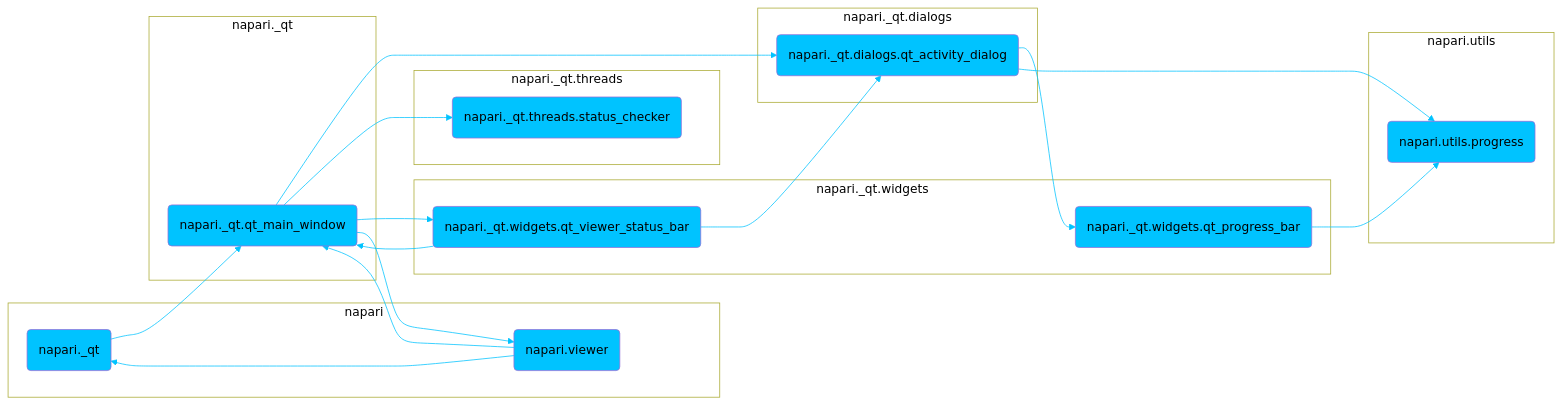
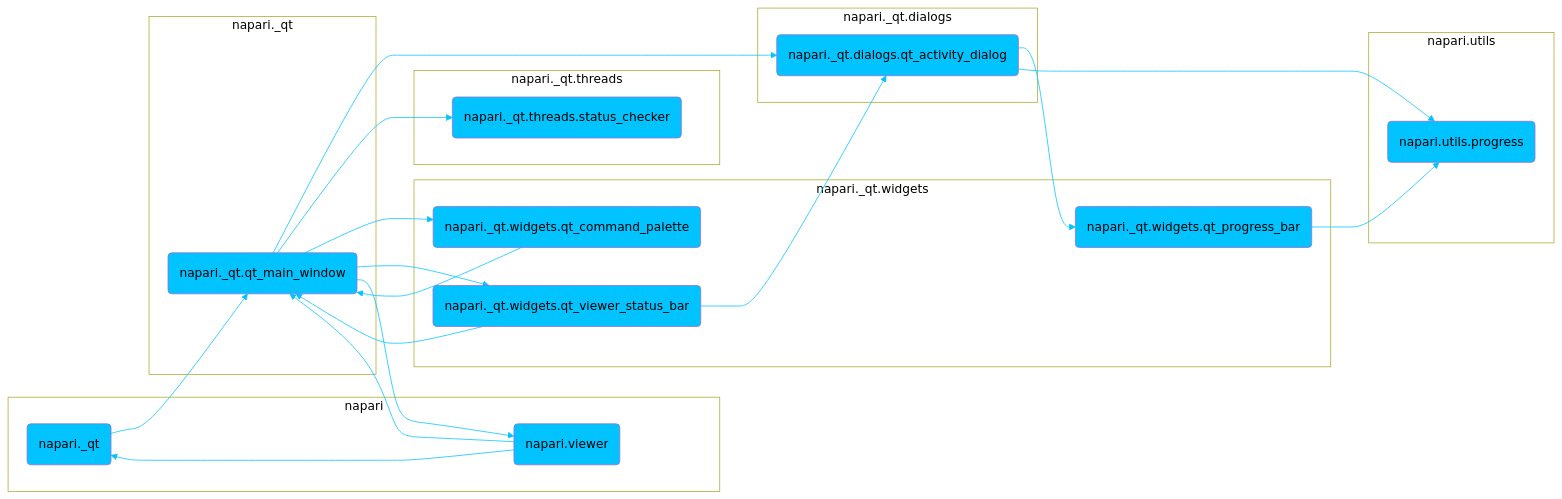
One commit to melissawm/napari.github.io changed the diagram in dev/_sources/developers/architecture/ui_sections/application_status_bar_ui.md. Above: the diagram before and after it, drawn with Mermaid. The commit also changed other lines of this file and 647 other files, not shown here.

````diff
--- a/dev/_sources/developers/architecture/ui_sections/application_status_bar_ui.md
+++ b/dev/_sources/developers/architecture/ui_sections/application_status_bar_ui.md
@@ -3,62 +3,67 @@
 ```{mermaid}
 graph LR
 	accTitle: Dependencies between modules in the napari Application status bar UI section
 	accDescr: Diagram showing the dependencies between the modules involved in the definition of the napari Application status bar UI section
 	napari._qt(napari._qt)
 	napari._qt --> napari._qt.qt_main_window
 	click napari._qt "https://github.com/napari/napari/tree/main/napari/_qt/__init__.py" _blank
 	napari._qt.dialogs.qt_activity_dialog(napari._qt.dialogs.qt_activity_dialog)
 	napari._qt.dialogs.qt_activity_dialog --> napari._qt.widgets.qt_progress_bar
 	napari._qt.dialogs.qt_activity_dialog --> napari.utils.progress
 	click napari._qt.dialogs.qt_activity_dialog "https://github.com/napari/napari/tree/main/napari/_qt/dialogs/qt_activity_dialog.py" _blank
 	napari._qt.qt_main_window(napari._qt.qt_main_window)
 	napari._qt.qt_main_window --> napari._qt.dialogs.qt_activity_dialog
 	napari._qt.qt_main_window --> napari._qt.threads.status_checker
+	napari._qt.qt_main_window --> napari._qt.widgets.qt_command_palette
 	napari._qt.qt_main_window --> napari._qt.widgets.qt_viewer_status_bar
 	napari._qt.qt_main_window --> napari.viewer
 	click napari._qt.qt_main_window "https://github.com/napari/napari/tree/main/napari/_qt/qt_main_window.py" _blank
 	napari._qt.threads.status_checker(napari._qt.threads.status_checker)
 	click napari._qt.threads.status_checker "https://github.com/napari/napari/tree/main/napari/_qt/threads/status_checker.py" _blank
+	napari._qt.widgets.qt_command_palette(napari._qt.widgets.qt_command_palette)
+	napari._qt.widgets.qt_command_palette --> napari._qt.qt_main_window
+	click napari._qt.widgets.qt_command_palette "https://github.com/napari/napari/tree/main/napari/_qt/widgets/qt_command_palette.py" _blank
 	napari._qt.widgets.qt_progress_bar(napari._qt.widgets.qt_progress_bar)
 	napari._qt.widgets.qt_progress_bar --> napari.utils.progress
 	click napari._qt.widgets.qt_progress_bar "https://github.com/napari/napari/tree/main/napari/_qt/widgets/qt_progress_bar.py" _blank
 	napari._qt.widgets.qt_viewer_status_bar(napari._qt.widgets.qt_viewer_status_bar)
 	napari._qt.widgets.qt_viewer_status_bar --> napari._qt.dialogs.qt_activity_dialog
 	napari._qt.widgets.qt_viewer_status_bar --> napari._qt.qt_main_window
 	click napari._qt.widgets.qt_viewer_status_bar "https://github.com/napari/napari/tree/main/napari/_qt/widgets/qt_viewer_status_bar.py" _blank
 	napari.utils.progress(napari.utils.progress)
 	click napari.utils.progress "https://github.com/napari/napari/tree/main/napari/utils/progress.py" _blank
 	napari.viewer(napari.viewer)
 	napari.viewer --> napari._qt
 	napari.viewer --> napari._qt.qt_main_window
 	click napari.viewer "https://github.com/napari/napari/tree/main/napari/viewer.py" _blank
 	subgraph module.napari[napari]
 		 napari._qt
 		 napari.viewer
 	end
 	class module.napari subgraphs
 	subgraph module.napari._qt.dialogs[napari._qt.dialogs]
 		 napari._qt.dialogs.qt_activity_dialog
 	end
 	class module.napari._qt.dialogs subgraphs
 	subgraph module.napari._qt[napari._qt]
 		 napari._qt.qt_main_window
 	end
 	class module.napari._qt subgraphs
 	subgraph module.napari._qt.threads[napari._qt.threads]
 		 napari._qt.threads.status_checker
 	end
 	class module.napari._qt.threads subgraphs
 	subgraph module.napari._qt.widgets[napari._qt.widgets]
+		 napari._qt.widgets.qt_command_palette
 		 napari._qt.widgets.qt_progress_bar
 		 napari._qt.widgets.qt_viewer_status_bar
 	end
 	class module.napari._qt.widgets subgraphs
 	subgraph module.napari.utils[napari.utils]
 		 napari.utils.progress
 	end
 	class module.napari.utils subgraphs
 	classDef subgraphs fill:white,strock:black,color:black;	classDef default fill:#00c3ff,color:black;
 	linkStyle default stroke:#00c3ff
 	classDef external fill:#ffa600,color:black;
 ```
````
